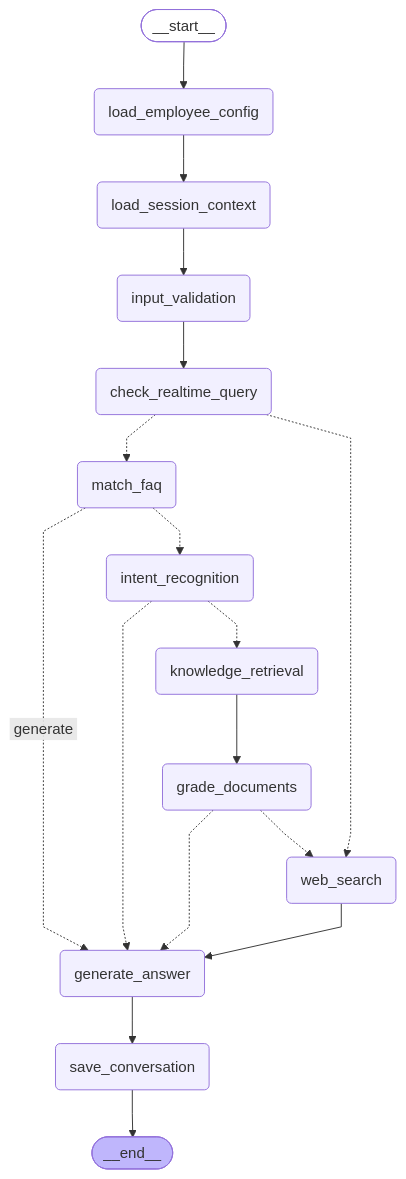
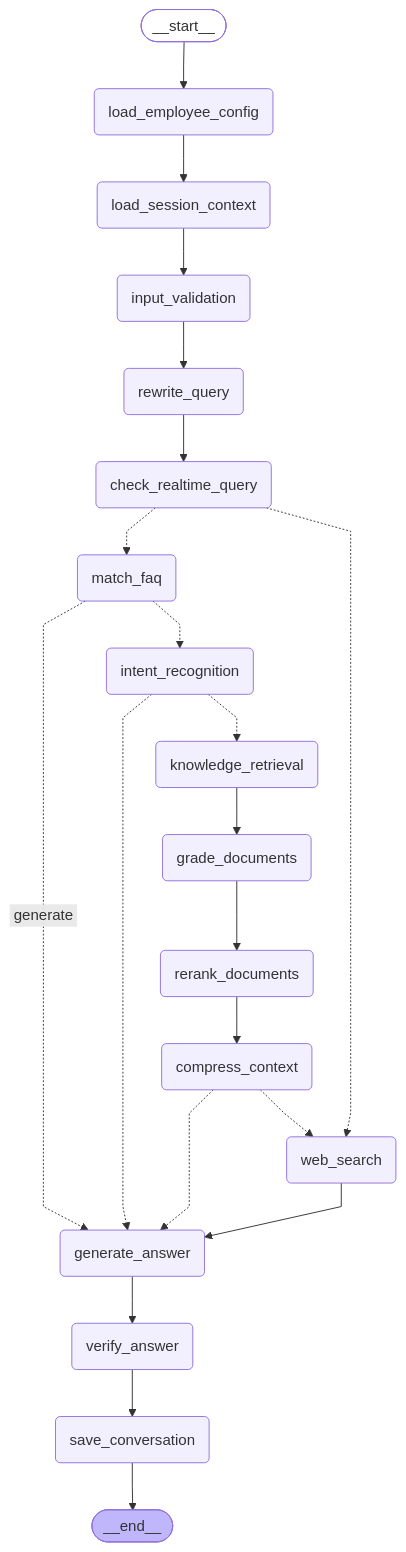
The diagram in ai-service/graph_debug/crag_graph.mmd (perfectbullet/ZengKingMorphe), drawn with Mermaid before and after one commit. The commit also changed 9 other files, not shown here.

```diff
--- a/ai-service/graph_debug/crag_graph.mmd
+++ b/ai-service/graph_debug/crag_graph.mmd
@@ -1,38 +1,46 @@
 ---
 config:
   flowchart:
     curve: linear
 ---
 graph TD;
 	__start__([<p>__start__</p>]):::first
 	load_employee_config(load_employee_config)
 	load_session_context(load_session_context)
 	input_validation(input_validation)
+	rewrite_query(rewrite_query)
 	match_faq(match_faq)
 	check_realtime_query(check_realtime_query)
 	intent_recognition(intent_recognition)
 	knowledge_retrieval(knowledge_retrieval)
 	grade_documents(grade_documents)
+	rerank_documents(rerank_documents)
+	compress_context(compress_context)
 	web_search(web_search)
 	generate_answer(generate_answer)
+	verify_answer(verify_answer)
 	save_conversation(save_conversation)
 	__end__([<p>__end__</p>]):::last
 	__start__ --> load_employee_config;
 	check_realtime_query -.-> match_faq;
 	check_realtime_query -.-> web_search;
-	generate_answer --> save_conversation;
-	grade_documents -.-> generate_answer;
-	grade_documents -.-> web_search;
-	input_validation --> check_realtime_query;
+	compress_context -.-> generate_answer;
+	compress_context -.-> web_search;
+	generate_answer --> verify_answer;
+	grade_documents --> rerank_documents;
+	input_validation --> rewrite_query;
 	intent_recognition -.-> generate_answer;
 	intent_recognition -.-> knowledge_retrieval;
 	knowledge_retrieval --> grade_documents;
 	load_employee_config --> load_session_context;
 	load_session_context --> input_validation;
 	match_faq -. &nbsp;generate&nbsp; .-> generate_answer;
 	match_faq -.-> intent_recognition;
+	rerank_documents --> compress_context;
+	rewrite_query --> check_realtime_query;
+	verify_answer --> save_conversation;
 	web_search --> generate_answer;
 	save_conversation --> __end__;
 	classDef default fill:#f2f0ff,line-height:1.2
 	classDef first fill-opacity:0
 	classDef last fill:#bfb6fc
```
